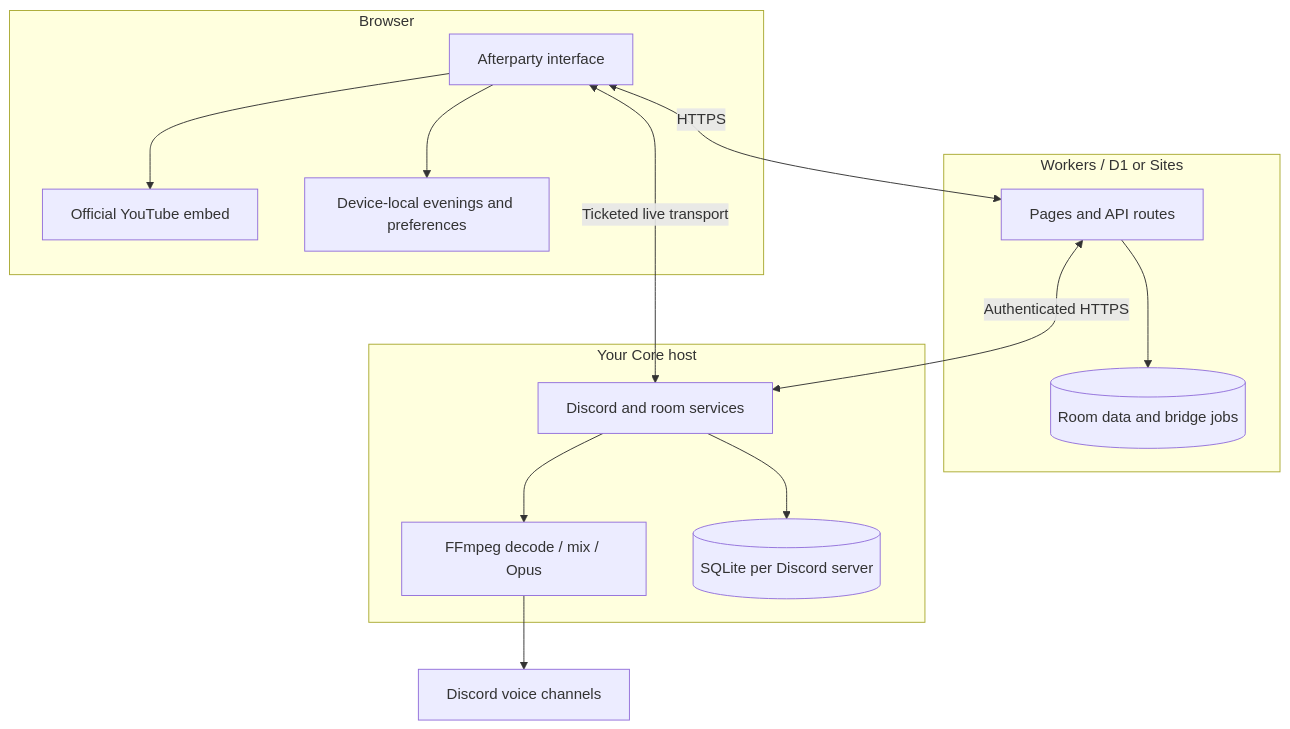
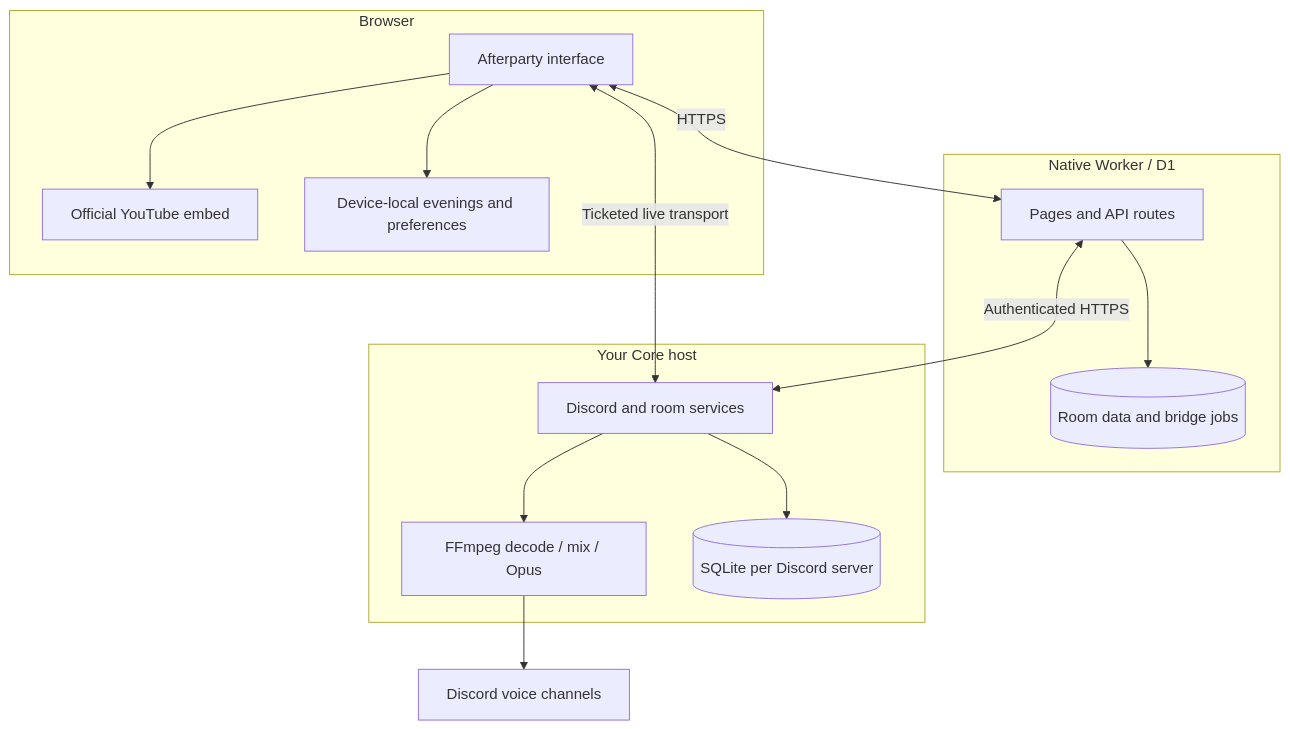
Before and after one commit to lukasvri/Afterparty-MusicBot: the diagram in docs/ARCHITECTURE.md, drawn with Mermaid. The commit also changed other lines of this file and 227 other files, not shown here.

Commit message:
Migrate v3 to sole native website and retire Classic

````diff
--- a/docs/ARCHITECTURE.md
+++ b/docs/ARCHITECTURE.md
@@ -7,26 +7,26 @@
 ```mermaid
 flowchart TB
     subgraph Browser[Browser]
         UI[Afterparty interface]
         Video[Official YouTube embed]
         Local[Device-local evenings and preferences]
         UI --> Video
         UI --> Local
     end
-    subgraph Website[Workers / D1 or Sites]
+    subgraph Website[Native Worker / D1]
         Routes[Pages and API routes]
         D1[(Room data and bridge jobs)]
         Routes --> D1
     end
     subgraph Host[Your Core host]
         Core[Discord and room services]
         Audio[FFmpeg decode / mix / Opus]
         Guilds[(SQLite per Discord server)]
         Core --> Audio
         Core --> Guilds
     end
     UI <-->|HTTPS| Routes
     Routes <-->|Authenticated HTTPS| Core
     UI <-->|Ticketed live transport| Core
     Audio --> Voice[Discord voice channels]
 ```
````
